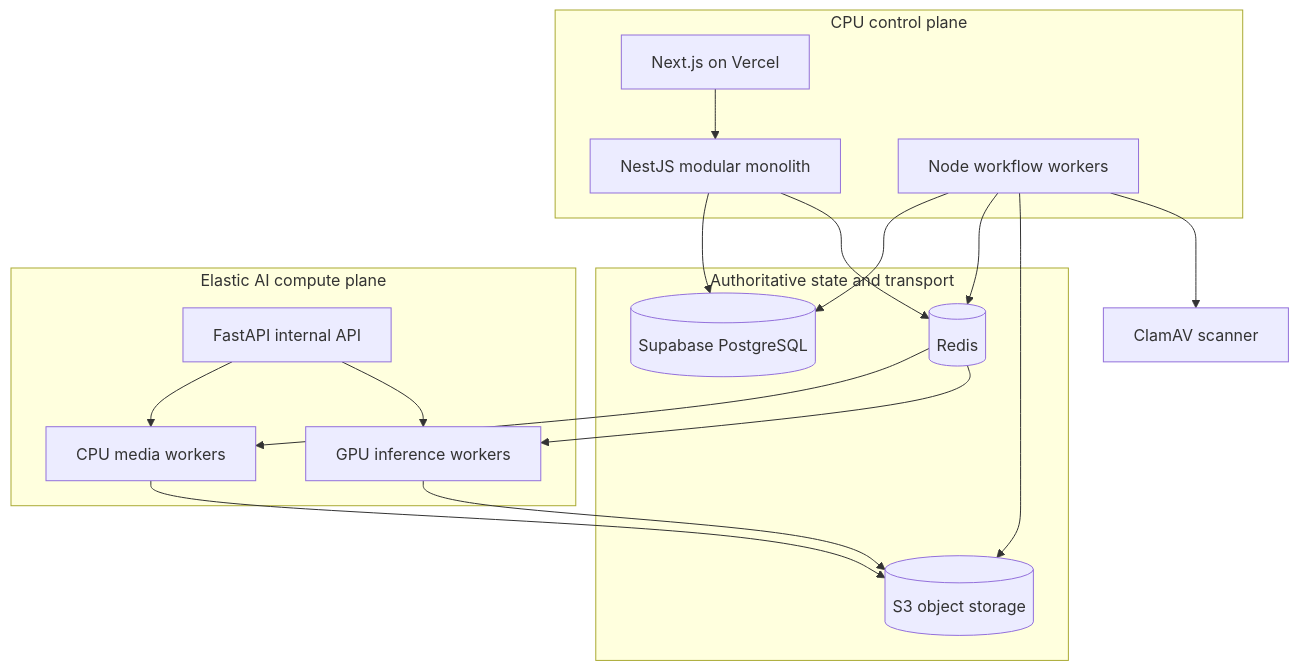
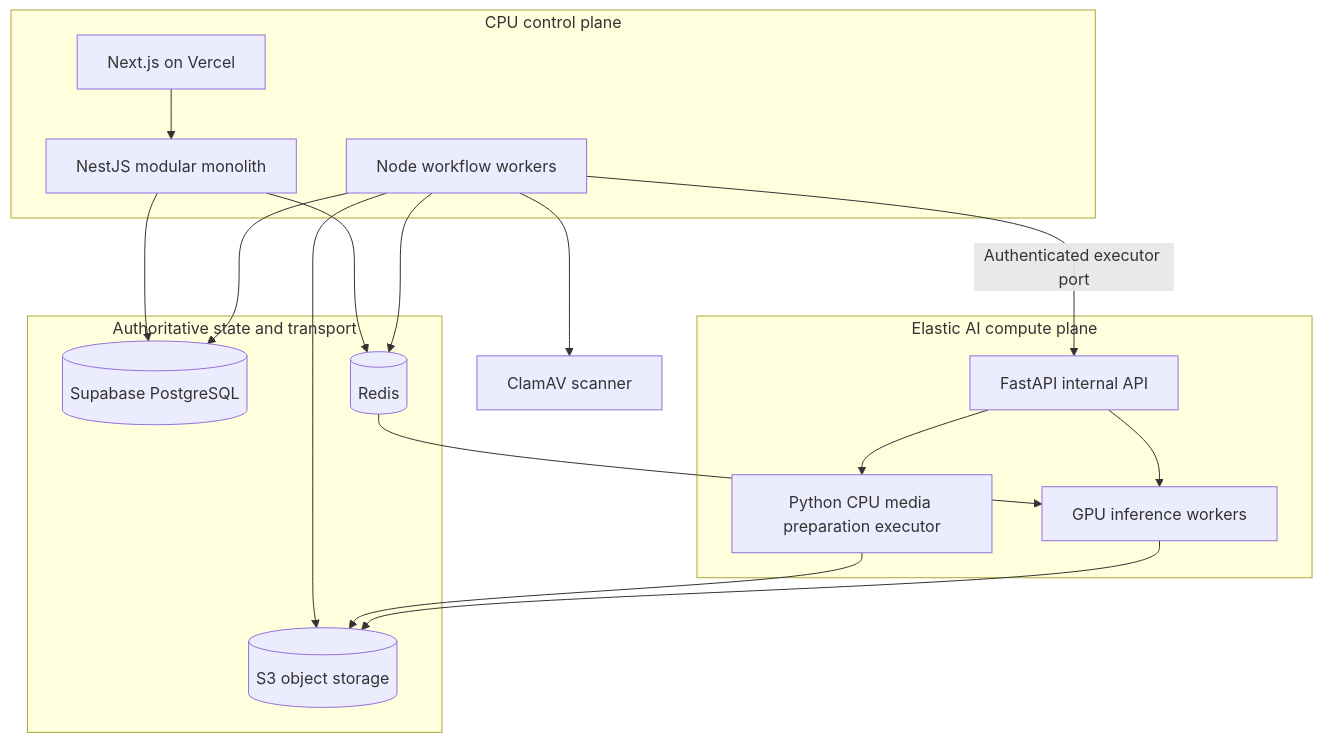
Before and after one commit to RahulRanjann/VoiceVerse-AI: the second of 7 diagrams in docs/architecture/system-context.md, drawn with Mermaid. The commit also changed other lines of this file and 239 other files, not shown here.

Commit message:
feat: implement speech analysis, localization modules, and Supabase authentication integration with associated database schemas and UI features.

````diff
--- a/docs/architecture/system-context.md
+++ b/docs/architecture/system-context.md
@@ -38,36 +43,36 @@
 ```mermaid
 flowchart TB
     subgraph ControlPlane[CPU control plane]
         Web[Next.js on Vercel]
         API[NestJS modular monolith]
         Worker[Node workflow workers]
     end
 
     subgraph State[Authoritative state and transport]
         Postgres[(Supabase PostgreSQL)]
         Redis[(Redis)]
         Objects[(S3 object storage)]
     end
 
     Scanner[ClamAV scanner]
 
     subgraph ComputePlane[Elastic AI compute plane]
         Gateway[FastAPI internal API]
-        CPU[CPU media workers]
+        CPU[Python CPU media preparation executor]
         GPU[GPU inference workers]
     end
 
     Web --> API
     API --> Postgres
     API --> Redis
     Worker --> Postgres
     Worker --> Redis
     Worker --> Objects
     Worker --> Scanner
-    Redis --> CPU
+    Worker -->|Authenticated executor port| Gateway
+    Gateway --> CPU
     Redis --> GPU
     CPU --> Objects
     GPU --> Objects
-    Gateway --> CPU
     Gateway --> GPU
 ```
````
